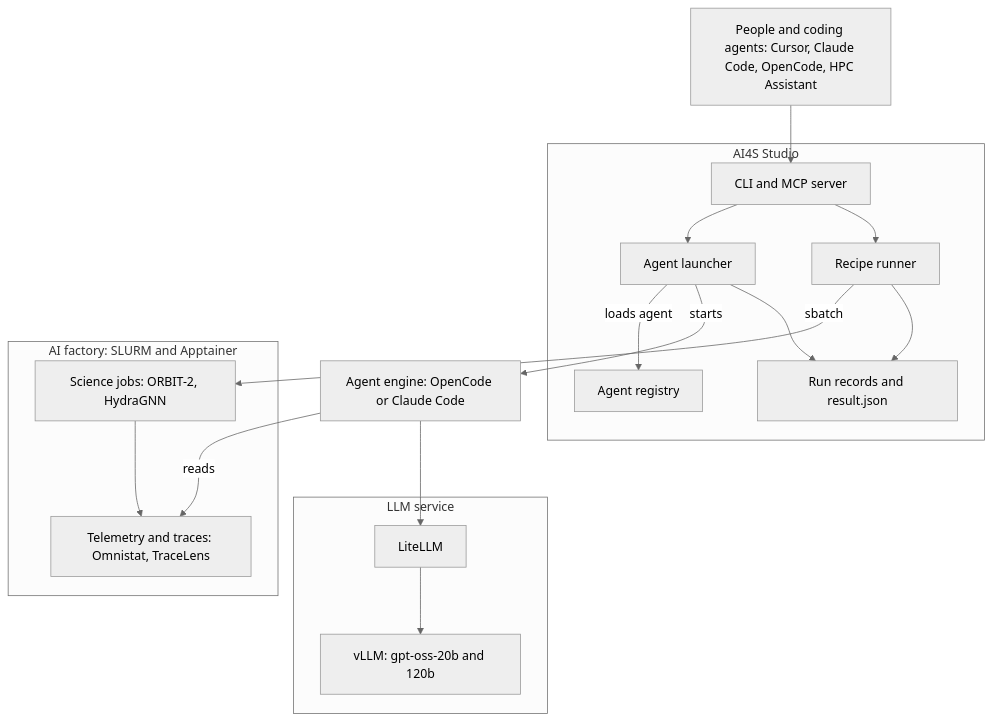
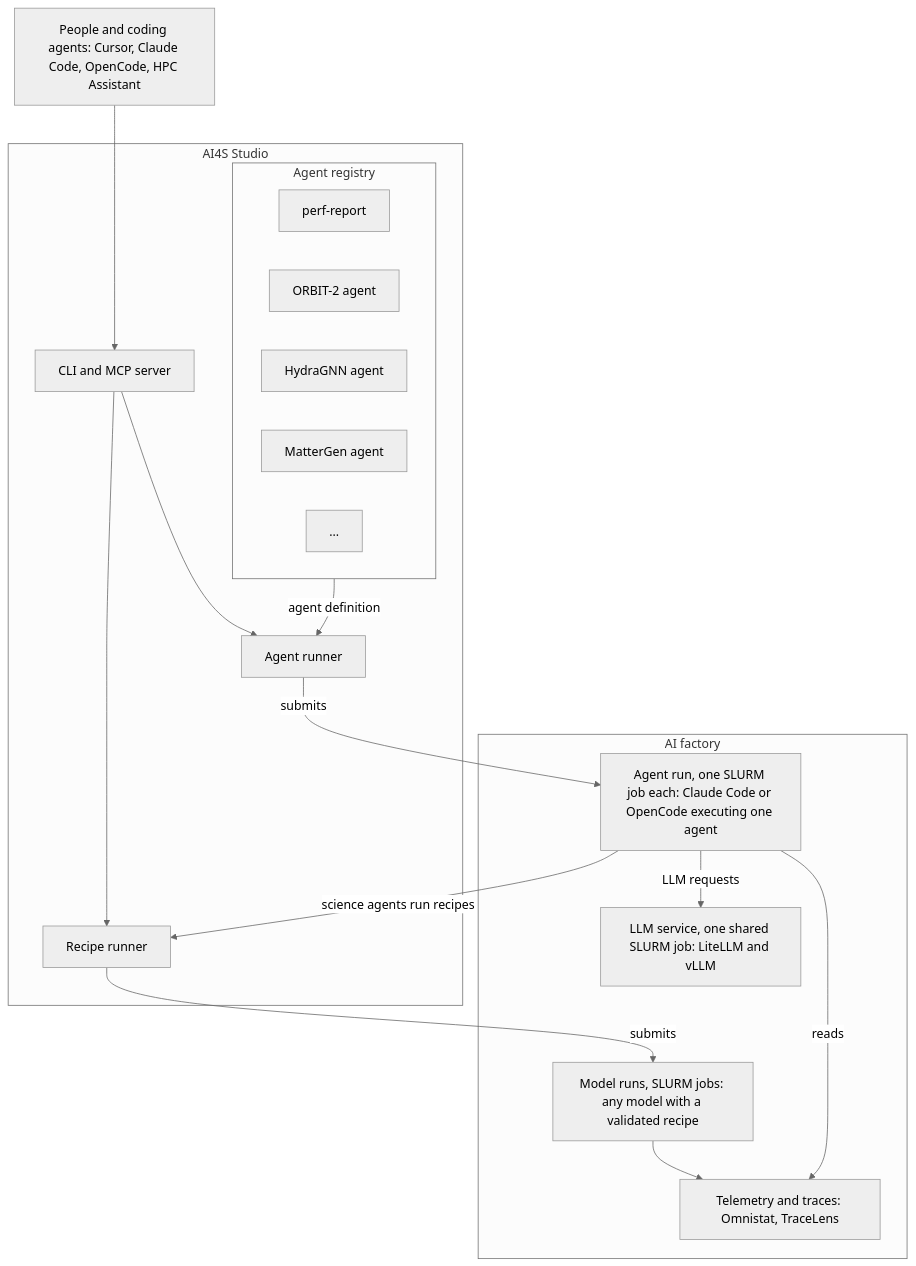
The diagram in docs/design/agents-for-science.md (AMDResearch/ai4science-studio), drawn with Mermaid (neutral theme) before and after one commit. The commit also changed other lines of this file, not shown here.

Commit message:
Clarify agent runs, the shared LLM service and the agent registry in the design.

````diff
--- a/docs/design/agents-for-science.md
+++ b/docs/design/agents-for-science.md
@@ -78,32 +80,32 @@
 ```mermaid
 flowchart TB
   Users["People and coding agents: Cursor, Claude Code, OpenCode, HPC Assistant"]
   subgraph ai4s [AI4S Studio]
     Interfaces["CLI and MCP server"]
-    Launcher["Agent launcher"]
+    AgentRunner["Agent runner"]
     RecipeRunner["Recipe runner"]
-    Registry["Agent registry"]
-    Records["Run records and result.json"]
+    subgraph registry [Agent registry]
+      Perf["perf-report"]
+      Orbit["ORBIT-2 agent"]
+      Hydra["HydraGNN agent"]
+      MatterGen["MatterGen agent"]
+      More["..."]
+    end
   end
-  Engine["Agent engine: OpenCode or Claude Code"]
-  subgraph llm [LLM service]
-    Gateway["LiteLLM"]
-    Models["vLLM: gpt-oss-20b and 120b"]
-  end
-  subgraph factory [AI factory: SLURM and Apptainer]
-    Jobs["Science jobs: ORBIT-2, HydraGNN"]
+  subgraph factory [AI factory]
+    AgentRun["Agent run, one SLURM job each: Claude Code or OpenCode executing one agent"]
+    LLM["LLM service, one shared SLURM job: LiteLLM and vLLM"]
+    ModelRuns["Model runs, SLURM jobs: any model with a validated recipe"]
     Telemetry["Telemetry and traces: Omnistat, TraceLens"]
   end
   Users --> Interfaces
-  Interfaces --> Launcher
+  Interfaces --> AgentRunner
   Interfaces --> RecipeRunner
-  Launcher -->|"loads agent"| Registry
-  Launcher -->|"starts"| Engine
-  Engine --> Gateway
-  Gateway --> Models
-  Engine -->|"reads"| Telemetry
-  RecipeRunner -->|"sbatch"| Jobs
-  Jobs --> Telemetry
-  Launcher --> Records
-  RecipeRunner --> Records
+  registry -->|"agent definition"| AgentRunner
+  AgentRunner -->|"submits"| AgentRun
+  AgentRun -->|"LLM requests"| LLM
+  AgentRun -->|"science agents run recipes"| RecipeRunner
+  RecipeRunner -->|"submits"| ModelRuns
+  ModelRuns --> Telemetry
+  AgentRun -->|"reads"| Telemetry
 ```
````
